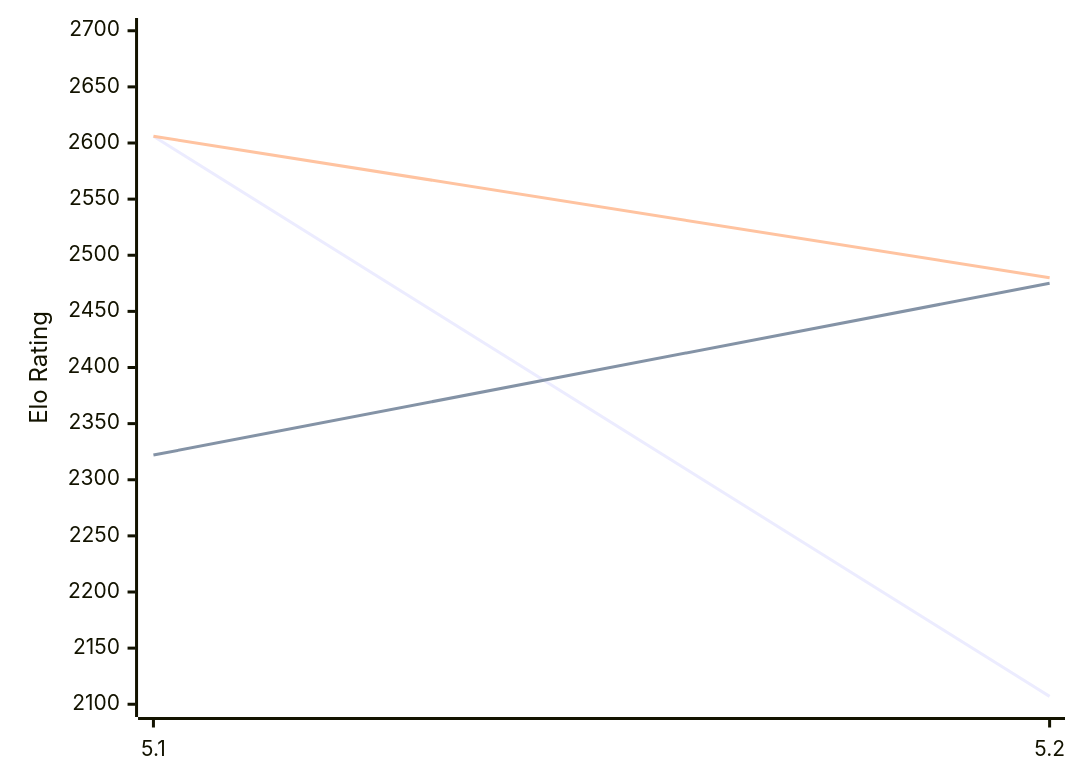
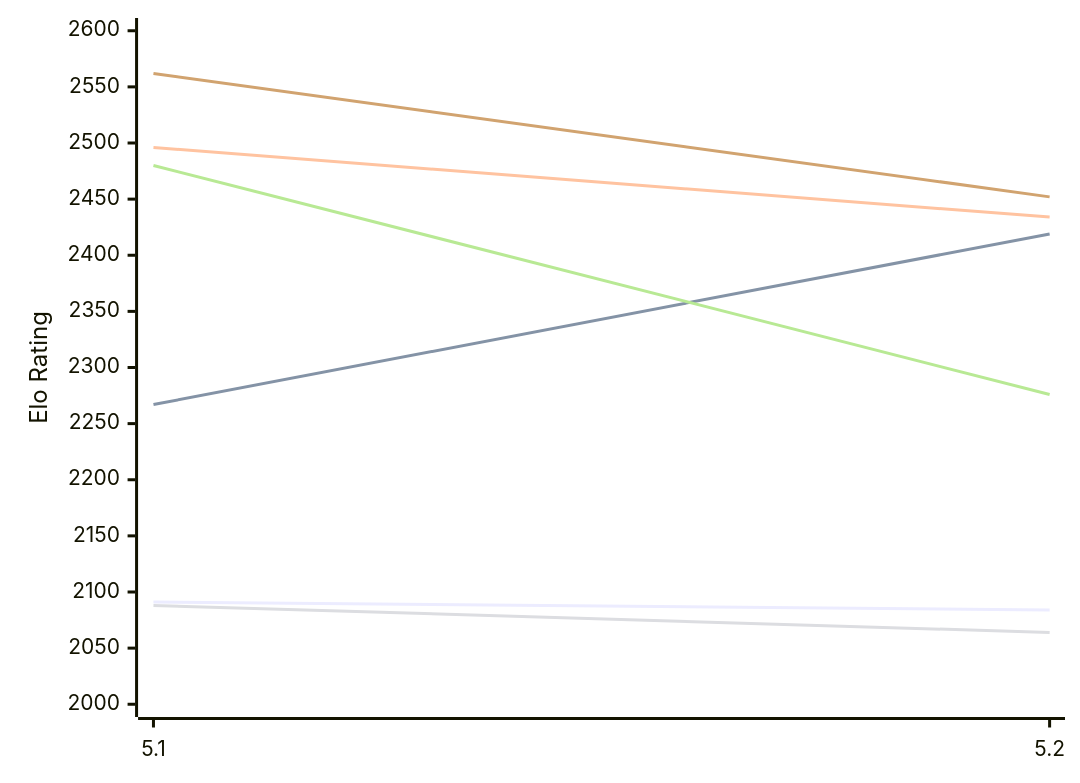
One commit to computer-chess-index/cci changed the first of 2 diagrams in engines/Prophet.md. Above: the diagram before and after it, drawn with Mermaid. The commit also changed other lines of this file, not shown here.

Commit message:
Update CCI Ratings (ELO VLTC) - 2026-11-13

````diff
--- a/engines/Prophet.md
+++ b/engines/Prophet.md
@@ -50,12 +50,12 @@
 ```mermaid
 %%{init: {"theme":"base","themeVariables":{"seriesColors:['#a3a3a3','#222221','#faa371']}}}%%
 xychart-beta
   x-axis ["5.1", "5.2"]
-  y-axis "Elo Rating" 2100 --> 2700
-  line "E1: STC (8.0+0.08s)" [2606, 2107]
-  line "E1: LTC (60.0+0.60s)" [2322, 2475]
-  line "E1: VLTC (2m24s+1.12s)" [2606, 2480]
-  line "P1: STC (8.0+0.08s)" [2171]
-  line "P1: LTC (60.0+0.60s)" [2406]
-  line "P1: VLTC (2m24s+1.12s)" [2606]
+  y-axis "Elo Rating" 2000 --> 2600
+  line "E1: STC (8.0+0.08s)" [2091, 2084]
+  line "E1: LTC (60.0+0.60s)" [2267, 2419]
+  line "E1: VLTC (2m24s+1.12s)" [2496, 2434]
+  line "P1: STC (8.0+0.08s)" [2088, 2064]
+  line "P1: LTC (60.0+0.60s)" [2480, 2276]
+  line "P1: VLTC (2m24s+1.12s)" [2562, 2452]
 ```
````
